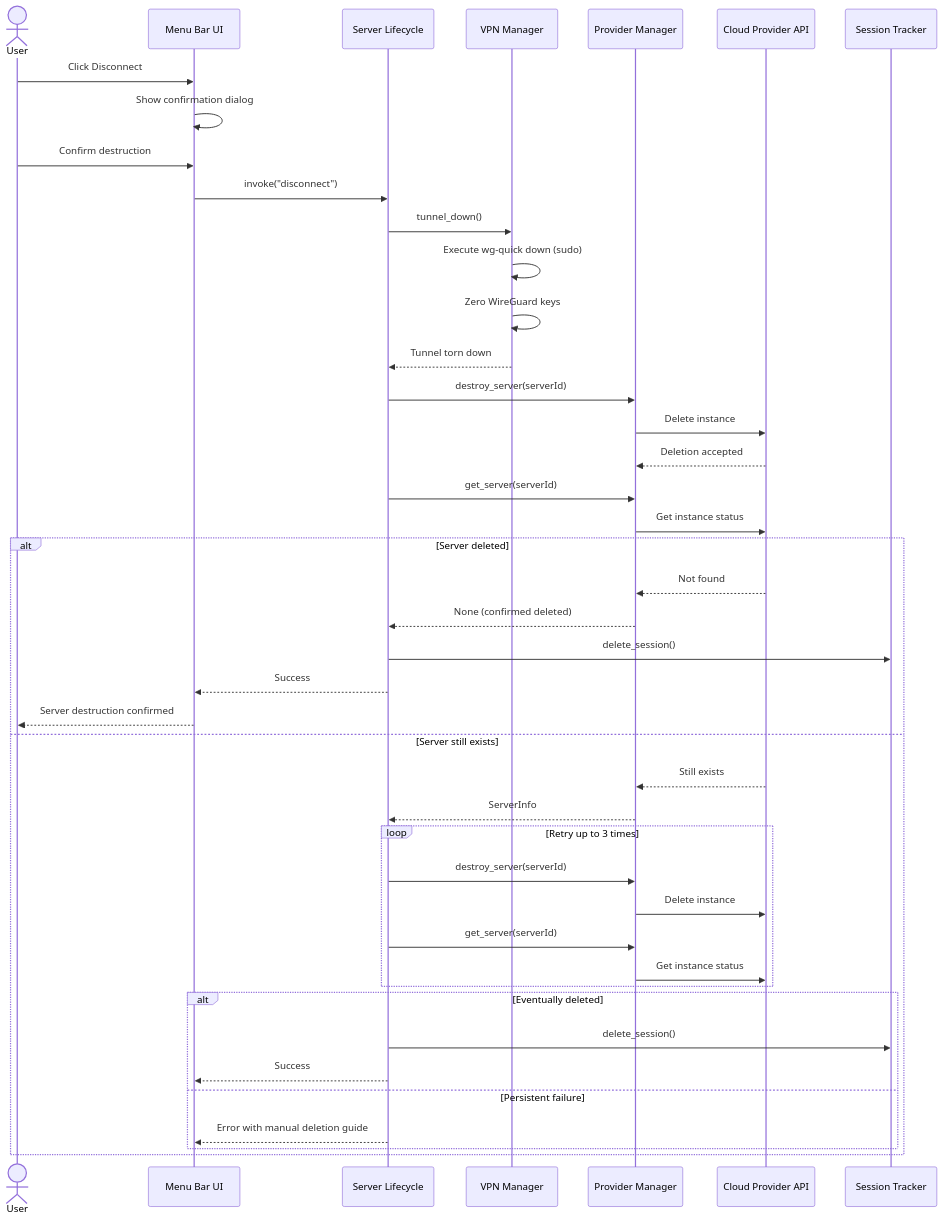
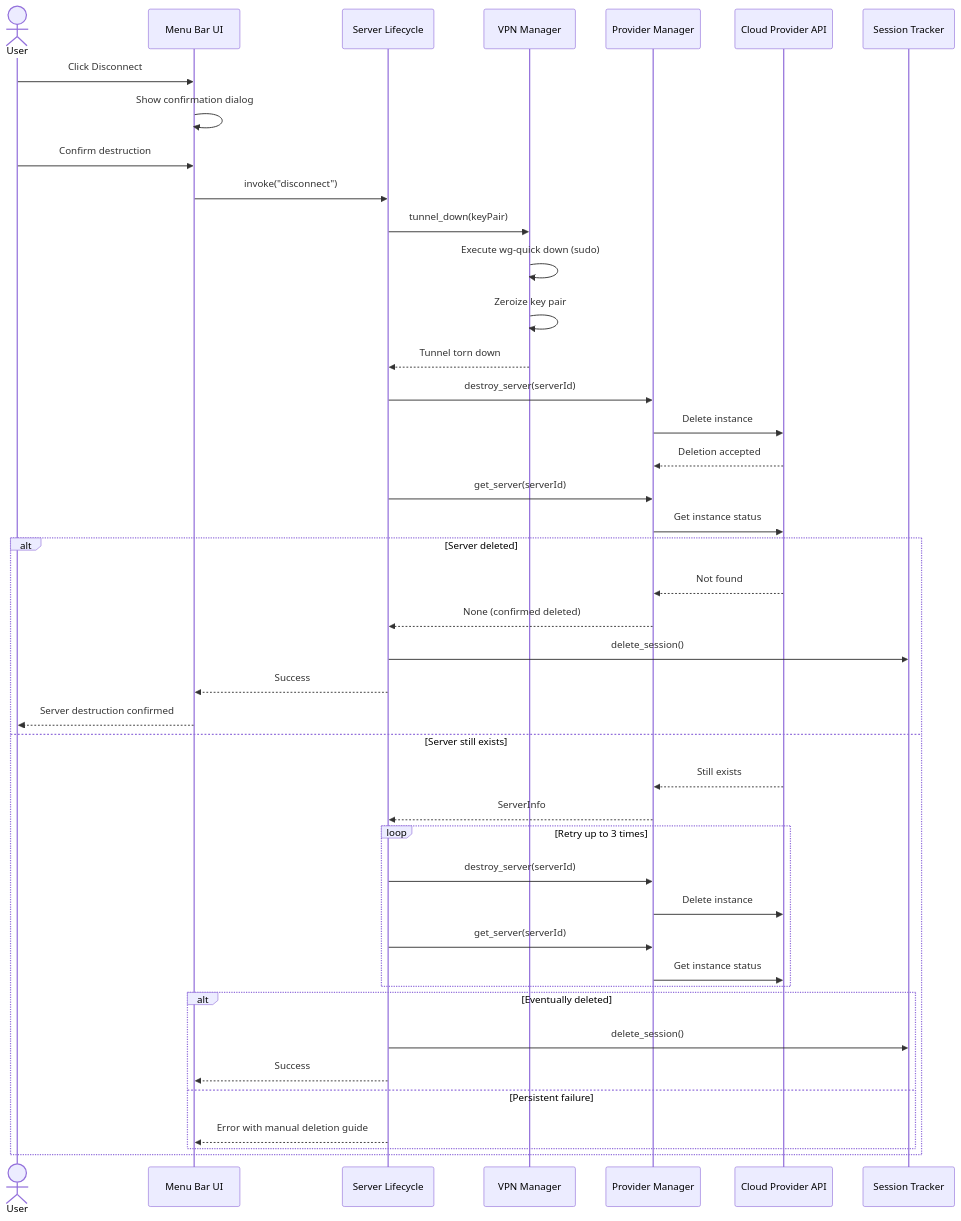
The second of 4 diagrams in docs/api-design/2026-03-04-1726-api-design.md (saemanas/oh-my-vpn), drawn with Mermaid before and after one commit. The commit also changed other lines of this file and 10 other files, not shown here.

````diff
--- a/docs/api-design/2026-03-04-1726-api-design.md
+++ b/docs/api-design/2026-03-04-1726-api-design.md
@@ -679,53 +679,53 @@
 ```mermaid
 sequenceDiagram
     actor User
     participant UI as Menu Bar UI
     participant SL as Server Lifecycle
     participant VM as VPN Manager
     participant PM as Provider Manager
     participant Cloud as Cloud Provider API
     participant ST as Session Tracker
 
     User->>UI: Click Disconnect
     UI->>UI: Show confirmation dialog
     User->>UI: Confirm destruction
 
     UI->>SL: invoke("disconnect")
 
-    SL->>VM: tunnel_down()
+    SL->>VM: tunnel_down(keyPair)
     VM->>VM: Execute wg-quick down (sudo)
-    VM->>VM: Zero WireGuard keys
+    VM->>VM: Zeroize key pair
     VM-->>SL: Tunnel torn down
 
     SL->>PM: destroy_server(serverId)
     PM->>Cloud: Delete instance
     Cloud-->>PM: Deletion accepted
 
     SL->>PM: get_server(serverId)
     PM->>Cloud: Get instance status
 
     alt Server deleted
         Cloud-->>PM: Not found
         PM-->>SL: None (confirmed deleted)
         SL->>ST: delete_session()
         SL-->>UI: Success
         UI-->>User: Server destruction confirmed
     else Server still exists
         Cloud-->>PM: Still exists
         PM-->>SL: ServerInfo
 
         loop Retry up to 3 times
             SL->>PM: destroy_server(serverId)
             PM->>Cloud: Delete instance
             SL->>PM: get_server(serverId)
             PM->>Cloud: Get instance status
         end
 
         alt Eventually deleted
             SL->>ST: delete_session()
             SL-->>UI: Success
         else Persistent failure
             SL-->>UI: Error with manual deletion guide
         end
     end
 ```
````
